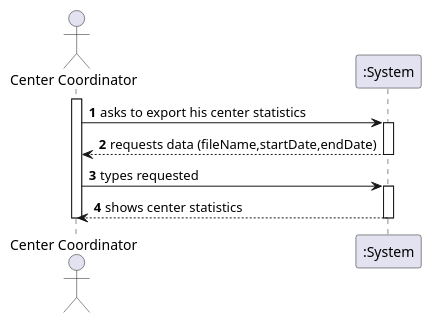
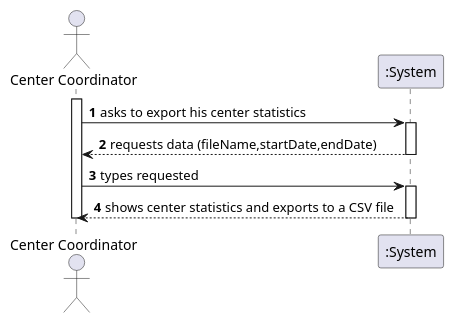
Before and after one commit to miseEnPlace-i/lapr2: the diagram in docs/SprintD/US15/SSD/US15_SSD.puml, drawn with PlantUML. The commit also changed 1 other file, not shown here.

```diff
--- a/docs/SprintD/US15/SSD/US15_SSD.puml
+++ b/docs/SprintD/US15/SSD/US15_SSD.puml
@@ -1,18 +1,18 @@
 @startuml US15_SSD
 autonumber
 actor "Center Coordinator" as COOR
 
 activate COOR
 COOR -> ":System" : asks to export his center statistics
 activate ":System"
 ":System" --> COOR : requests data (fileName,startDate,endDate)
 deactivate ":System"
 
 COOR -> ":System" : types requested
 activate ":System"
 
-":System" --> COOR : shows center statistics
+":System" --> COOR : shows center statistics and exports to a CSV file
 deactivate ":System"
 deactivate COOR
 
 @enduml
```
